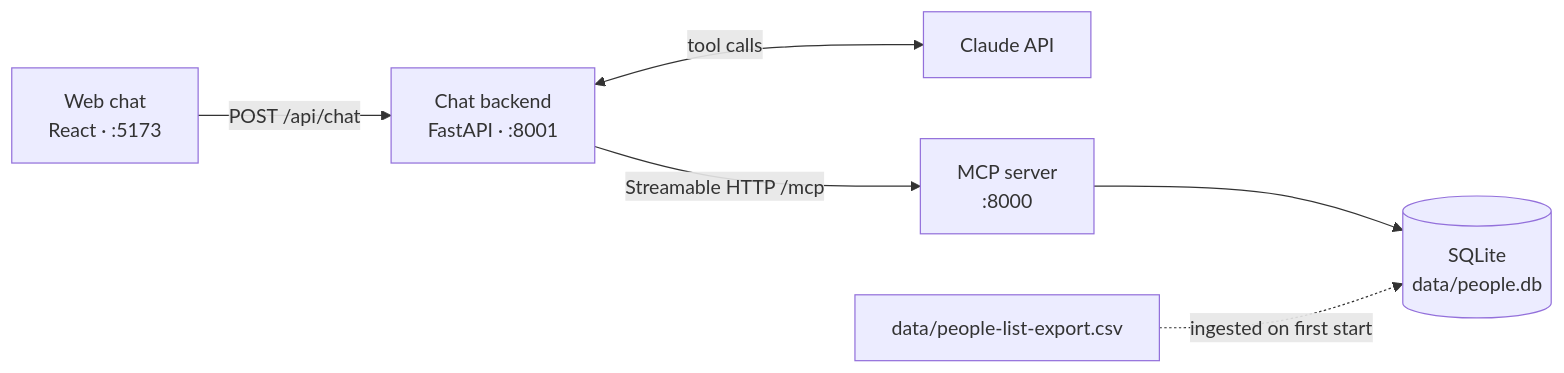
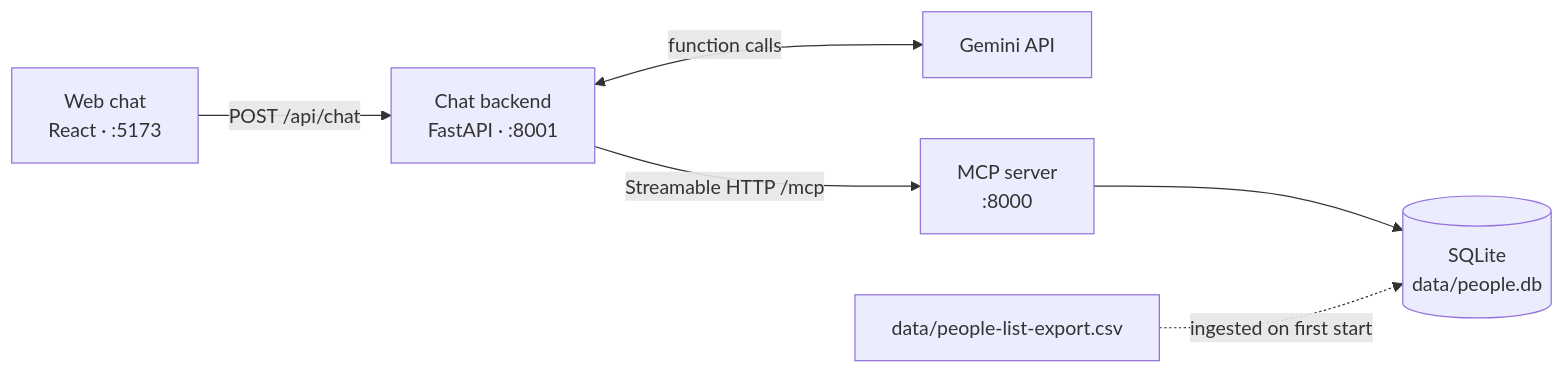
The diagram in README.md (shira-ste/peopleSearch), drawn with Mermaid before and after one commit. The commit also changed other lines of this file and 5 other files, not shown here.

Commit message:
Switch chat backend from Claude to Gemini

````diff
--- a/README.md
+++ b/README.md
@@ -10,8 +10,8 @@
 ```mermaid
 flowchart LR
     UI["Web chat<br/>React · :5173"] -->|POST /api/chat| API["Chat backend<br/>FastAPI · :8001"]
-    API <-->|tool calls| Claude["Claude API"]
+    API <-->|function calls| Gemini["Gemini API"]
     API -->|Streamable HTTP /mcp| MCP["MCP server<br/>:8000"]
     MCP --> DB[("SQLite<br/>data/people.db")]
     CSV["data/people-list-export.csv"] -.->|ingested on first start| DB
 ```
````
